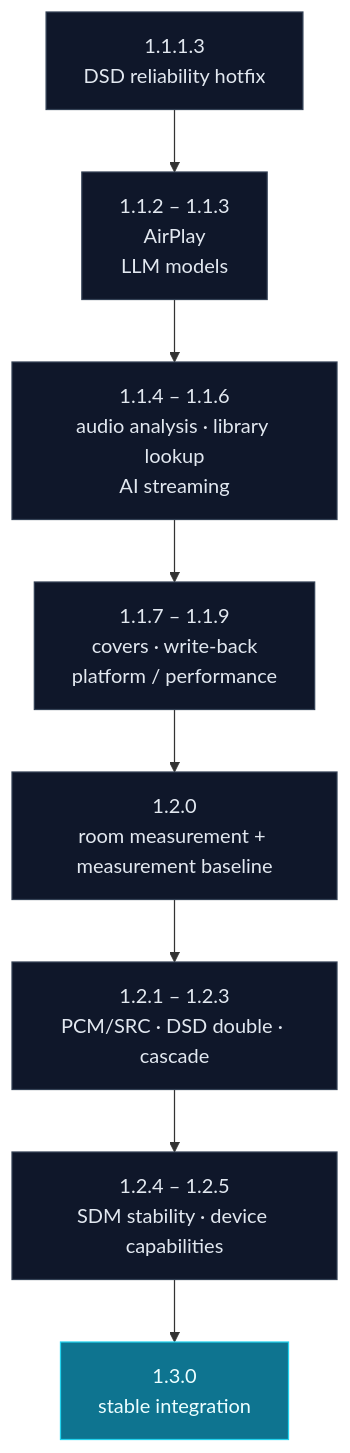
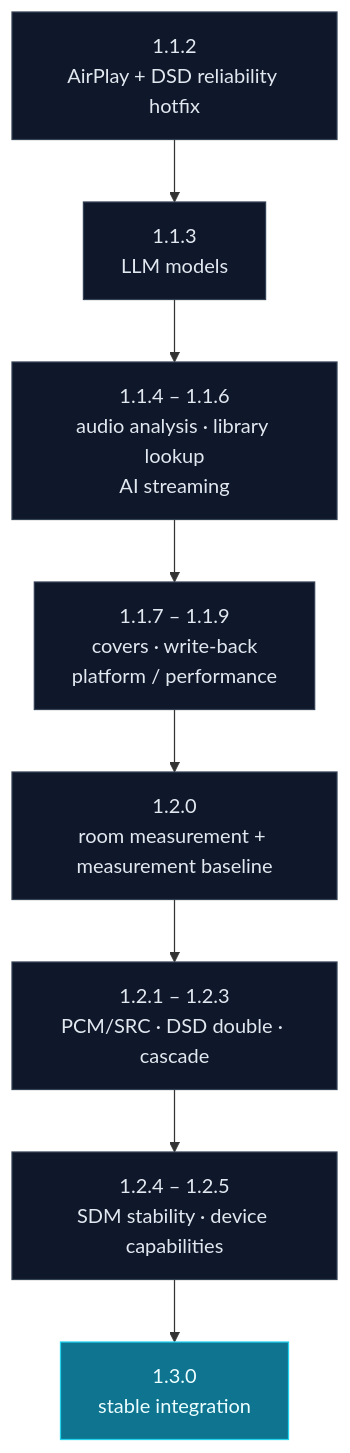
The diagram in README.md (BH2VOQ/RLPlayer-Mac), drawn with Mermaid before and after one commit. The commit also changed other lines of this file and 2 other files, not shown here.

Commit message:
docs(roadmap): merge the 1.1.1.3 DSD hotfix into 1.1.2
Per user request, drop the standalone 1.1.1.3 release and fold the DSD playback reliability P0 items into 1.1.2 alongside AirPlay. Update the version table, dependency chain, 1.2.2 prerequisite, release discipline, README roadmap tables and mermaid charts.

````diff
--- a/README.md
+++ b/README.md
@@ -272,16 +271,16 @@
 ```mermaid
 flowchart TB
-  A["1.1.1.3<br/>DSD reliability hotfix"]
-  B["1.1.2 – 1.1.3<br/>AirPlay<br/>LLM models"]
+  A["1.1.2<br/>AirPlay + DSD reliability hotfix"]
+  B["1.1.3<br/>LLM models"]
   C["1.1.4 – 1.1.6<br/>audio analysis · library lookup<br/>AI streaming"]
   D["1.1.7 – 1.1.9<br/>covers · write-back<br/>platform / performance"]
   E["1.2.0<br/>room measurement + measurement baseline"]
   F["1.2.1 – 1.2.3<br/>PCM/SRC · DSD double · cascade"]
   G["1.2.4 – 1.2.5<br/>SDM stability · device capabilities"]
   H["1.3.0<br/>stable integration"]
   A --> B --> C --> D --> E --> F --> G --> H
   classDef plan fill:#0f172a,stroke:#334155,color:#e2e8f0;
   classDef next fill:#0e7490,stroke:#22d3ee,color:#ecfeff;
   class A,B,C,D,E,F,G plan;
   class H next;
 ```
````
